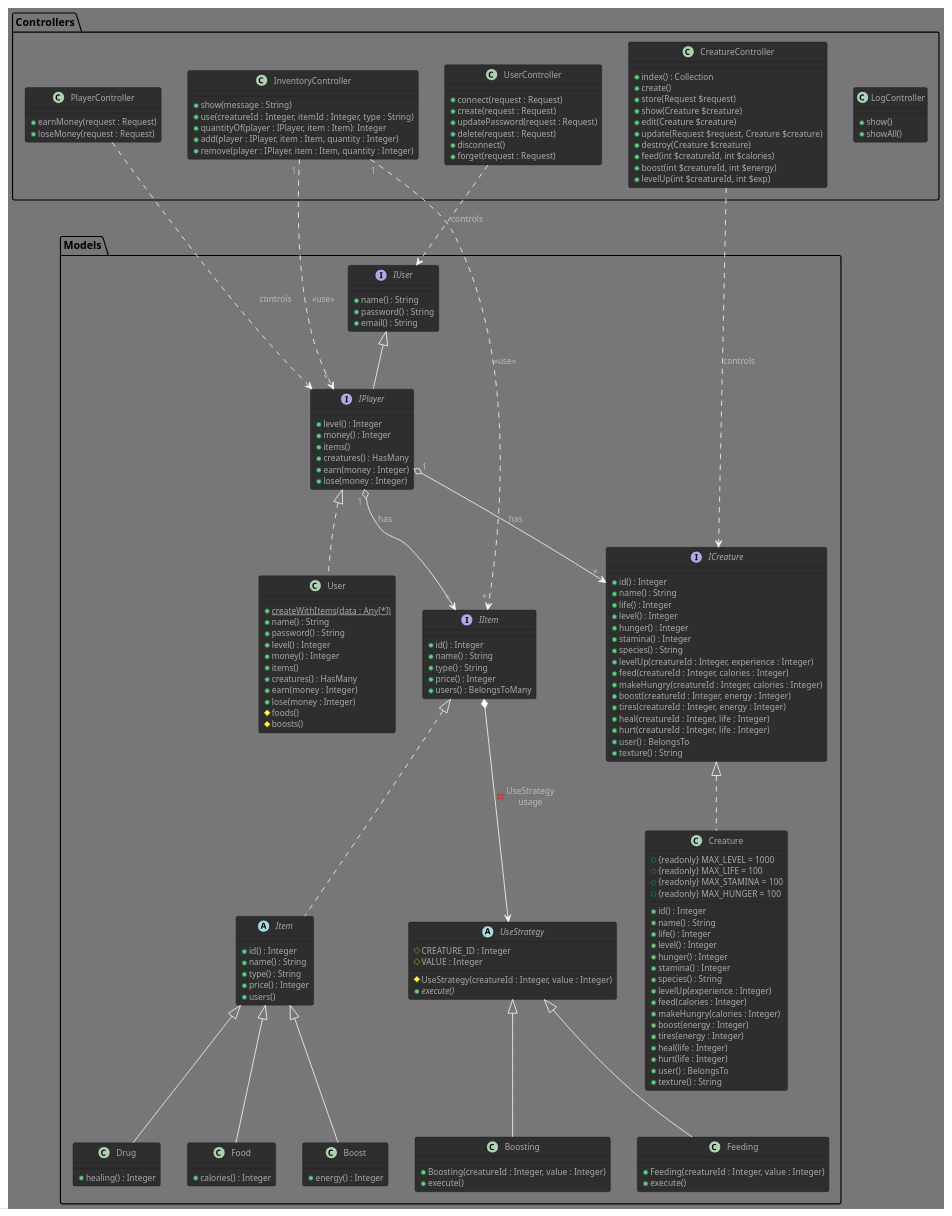
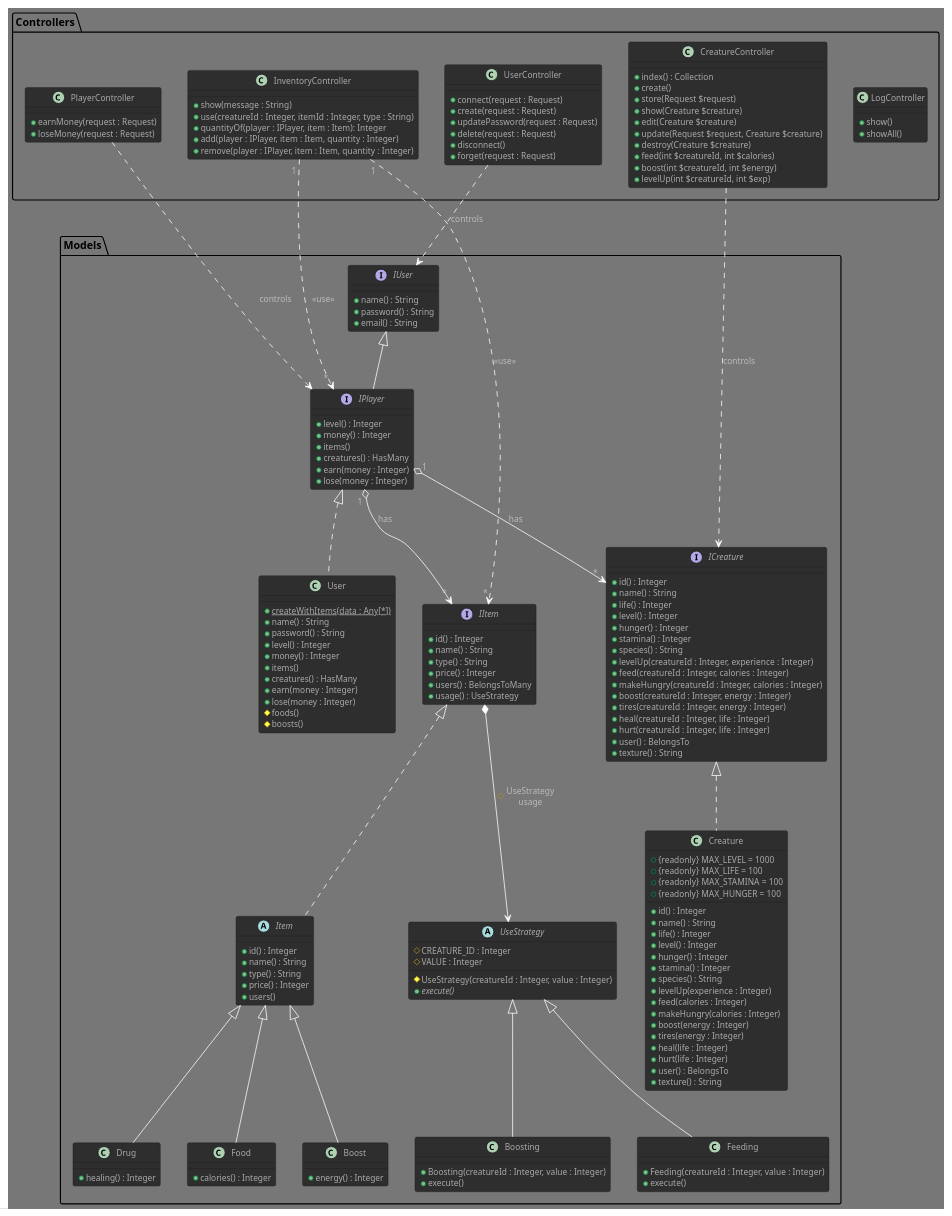
Before and after one commit to GlazKrovi/VirtualNoe: the diagram in VirtualNoe.puml, drawn with PlantUML. The commit also changed 2 other files, not shown here.

```diff
--- a/VirtualNoe.puml
+++ b/VirtualNoe.puml
@@ -1,189 +1,190 @@
 @startuml VirtualNoe
 
 !theme reddress-darkgreen
 
 package Models
 {
     interface IUser {
         + name() : String
         + password() : String
         + email() : String
     }
 
     interface IPlayer extends IUser
     {
         + level() : Integer /' sum of his creatures' exp '/
         + money() : Integer
         + items()
         + creatures() : HasMany
         + earn(money : Integer)
         + lose(money : Integer)
     }
     IPlayer" 1 " o--> " * "IItem : has
     IPlayer" 1 " o--> " * "ICreature : has
 
     class User implements IPlayer
     {
         + {static} createWithItems(data : Any[*])
         + name() : String
         + password() : String
         + level() : Integer
         + money() : Integer
         + items()
         +  creatures() : HasMany
         + earn(money : Integer)
         + lose(money : Integer)
         # foods()
         # boosts()
     }
 
     interface IItem
     {
         + id() : Integer
         + name() : String
         + type() : String
         + price() : Integer
         + users() : BelongsToMany /' get owners '/
+        + usage() : UseStrategy
     }
-    IItem *--> UseStrategy : - UseStrategy\nusage
+    IItem *--> UseStrategy : # UseStrategy\nusage
 
     abstract class Item implements IItem
     {
         + id() : Integer
         + name() : String
         + type() : String
         + price() : Integer
         + users()
     }
 
     class Food extends Item
     {
         + calories() : Integer
     }
 
     class Boost extends Item
     {
         + energy() : Integer
     }
 
     /' TODO '/
     class Drug extends Item
     {
         + healing() : Integer
     }
 
     interface ICreature
     {
         + id() : Integer
         + name() : String
         + life() : Integer
         + level() : Integer
         + hunger() : Integer
         + stamina() : Integer
         + species() : String
         + levelUp(creatureId : Integer, experience : Integer)
         + feed(creatureId : Integer, calories : Integer) /' + '/
         + makeHungry(creatureId : Integer, calories : Integer) /' - '/
         + boost(creatureId : Integer, energy : Integer) /' + '/
         + tires(creatureId : Integer, energy : Integer) /' - '/
         + heal(creatureId : Integer, life : Integer) /' + '/
         + hurt(creatureId : Integer, life : Integer) /' - '/
         + user() : BelongsTo
         + texture() : String
     }
 
     class Creature implements ICreature
     {
         + {readonly} MAX_LEVEL = 1000
         + {readonly} MAX_LIFE = 100
         + {readonly} MAX_STAMINA = 100
         + {readonly} MAX_HUNGER = 100
         + id() : Integer
         + name() : String
         + life() : Integer
         + level() : Integer
         + hunger() : Integer
         + stamina() : Integer
         + species() : String
         + levelUp(experience : Integer)
         + feed(calories : Integer) /' + '/
         + makeHungry(calories : Integer) /' - '/
         + boost(energy : Integer) /' + '/
         + tires(energy : Integer) /' - '/
         + heal(life : Integer) /' + '/
         + hurt(life : Integer) /' - '/
         + user() : BelongsTo
         + texture() : String
     }
 
     /' Item Strategy '/
     abstract UseStrategy {
         # CREATURE_ID : Integer
         # VALUE : Integer
         # UseStrategy(creatureId : Integer, value : Integer)
         + {abstract} execute()
     }
 
     class Feeding extends UseStrategy{
         + Feeding(creatureId : Integer, value : Integer)
         + execute()
     }
 
     class Boosting extends UseStrategy{
         + Boosting(creatureId : Integer, value : Integer)
         + execute()
     }
     /' TODO '/
 }
 
 package Controllers
 {
     class LogController
     {
         +  show()
         +  showAll()
     }
 
     class InventoryController   /' use IPlayer '/
     {
         + show(message : String)
         + use(creatureId : Integer, itemId : Integer, type : String)
         + quantityOf(player : IPlayer, item : Item): Integer
         + add(player : IPlayer, item : Item, quantity : Integer)
         + remove(player : IPlayer, item : Item, quantity : Integer)
     }
     InventoryController" 1 " ..> " * "IPlayer : <<use>>
     InventoryController" 1 " ..> " * "IItem : <<use>>
 
     class UserController {
         + connect(request : Request)
         + create(request : Request)
         + updatePassword(request : Request)
         + delete(request : Request)
         + disconnect()
         + forget(request : Request)
     }
     UserController ..> IUser : controls
 
     class PlayerController {
         + earnMoney(request : Request)
         + loseMoney(request : Request)
     }
     PlayerController ..> IPlayer : controls
 
     class CreatureController {
         + index() : Collection
         + create()
         + store(Request $request)
         + show(Creature $creature)
         + edit(Creature $creature)
         + update(Request $request, Creature $creature)
         + destroy(Creature $creature)
         + feed(int $creatureId, int $calories)
         + boost(int $creatureId, int $energy)
         + levelUp(int $creatureId, int $exp)
     }
     CreatureController ..> ICreature : controls
 }
 
 @enduml
```
